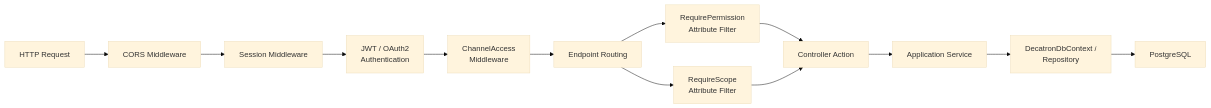
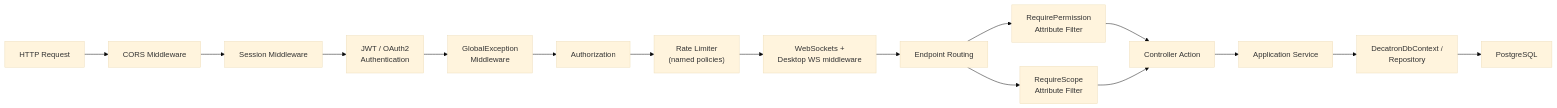
One commit to decatrondev/decatron changed the third of 12 diagrams in docs/ARCHITECTURE.md. Above: the diagram before and after it, drawn with Mermaid (base theme). The commit also changed other lines of this file and 14 other files, not shown here.

````diff
--- a/docs/ARCHITECTURE.md
+++ b/docs/ARCHITECTURE.md
@@ -214,20 +177,23 @@
 ```mermaid
 graph LR
     Request["HTTP Request"]
     CORS["CORS Middleware"]
     Session["Session Middleware"]
     Auth["JWT / OAuth2<br/>Authentication"]
-    Channel["ChannelAccess<br/>Middleware"]
+    Err["GlobalException<br/>Middleware"]
+    Authz["Authorization"]
+    Rate["Rate Limiter<br/>(named policies)"]
+    WS["WebSockets +<br/>Desktop WS middleware"]
     Routing["Endpoint Routing"]
     Perm["RequirePermission<br/>Attribute Filter"]
     Scope["RequireScope<br/>Attribute Filter"]
     Controller["Controller Action"]
     Service["Application Service"]
     Data["DecatronDbContext /<br/>Repository"]
     PG["PostgreSQL"]
 
-    Request --> CORS --> Session --> Auth --> Channel --> Routing
+    Request --> CORS --> Session --> Auth --> Err --> Authz --> Rate --> WS --> Routing
     Routing --> Perm --> Controller
     Routing --> Scope --> Controller
     Controller --> Service --> Data --> PG
 ```
````
